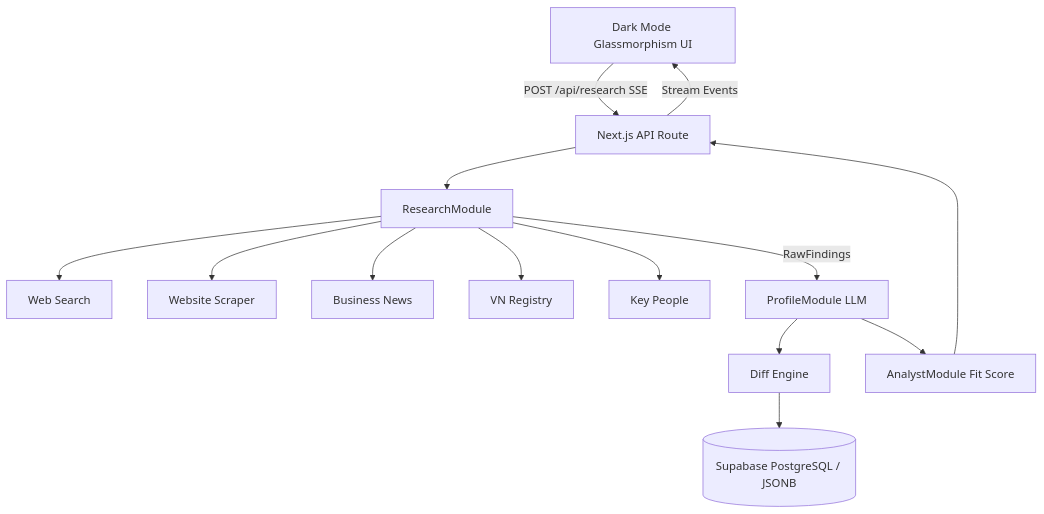
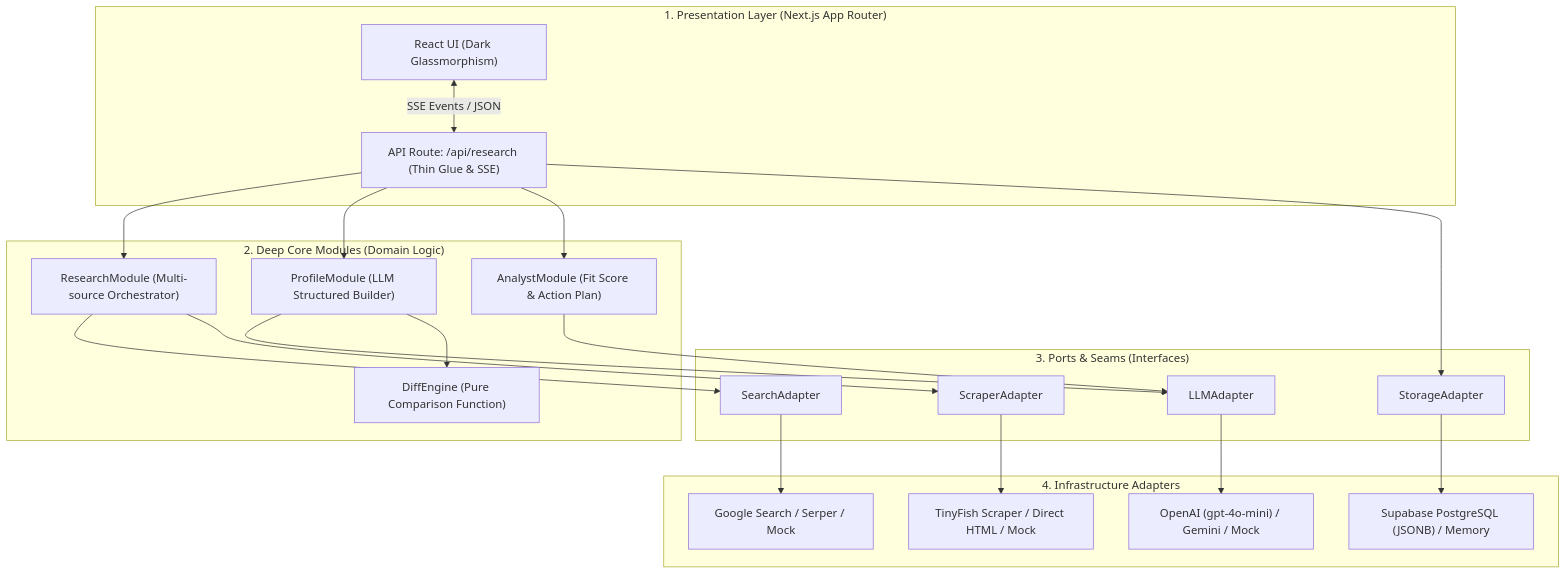
One commit to devonxjz/TechBridgeAI changed the first of 4 diagrams in README.md. Above: the diagram before and after it, drawn with Mermaid. The commit also changed other lines of this file, not shown here.

Commit message:
docs: add architecture, sequence, and ERD mermaid diagrams to README

````diff
--- a/README.md
+++ b/README.md
@@ -37,16 +39,45 @@
 ```mermaid
-graph TD
-  UI[Dark Mode Glassmorphism UI] -->|POST /api/research SSE| API[Next.js API Route]
-  API --> RM[ResearchModule]
-  RM --> S1[Web Search]
-  RM --> S2[Website Scraper]
-  RM --> S3[Business News]
-  RM --> S4[VN Registry]
-  RM --> S5[Key People]
-  RM -->|RawFindings| PM[ProfileModule LLM]
-  PM --> Diff[Diff Engine]
-  PM --> Analyst[AnalystModule Fit Score]
-  Diff --> DB[(Supabase PostgreSQL / JSONB)]
-  Analyst --> API
-  API -->|Stream Events| UI
+graph TB
+  subgraph Presentation ["1. Presentation Layer (Next.js App Router)"]
+    UI["React UI (Dark Glassmorphism)"]
+    API["API Route: /api/research (Thin Glue & SSE)"]
+  end
+
+  subgraph CoreModules ["2. Deep Core Modules (Domain Logic)"]
+    RM["ResearchModule (Multi-source Orchestrator)"]
+    PM["ProfileModule (LLM Structured Builder)"]
+    DE["DiffEngine (Pure Comparison Function)"]
+    AM["AnalystModule (Fit Score & Action Plan)"]
+  end
+
+  subgraph Ports ["3. Ports & Seams (Interfaces)"]
+    PortLLM["LLMAdapter"]
+    PortSearch["SearchAdapter"]
+    PortScraper["ScraperAdapter"]
+    PortStorage["StorageAdapter"]
+  end
+
+  subgraph Adapters ["4. Infrastructure Adapters"]
+    OpenAI["OpenAI (gpt-4o-mini) / Gemini / Mock"]
+    Serper["Google Search / Serper / Mock"]
+    TinyFish["TinyFish Scraper / Direct HTML / Mock"]
+    Supabase["Supabase PostgreSQL (JSONB) / Memory"]
+  end
+
+  UI <-->|SSE Events / JSON| API
+  API --> RM
+  API --> PM
+  API --> AM
+
+  RM --> PortSearch
+  RM --> PortScraper
+  PM --> PortLLM
+  PM --> DE
+  AM --> PortLLM
+  API --> PortStorage
+
+  PortLLM --> OpenAI
+  PortSearch --> Serper
+  PortScraper --> TinyFish
+  PortStorage --> Supabase
 ```
````
